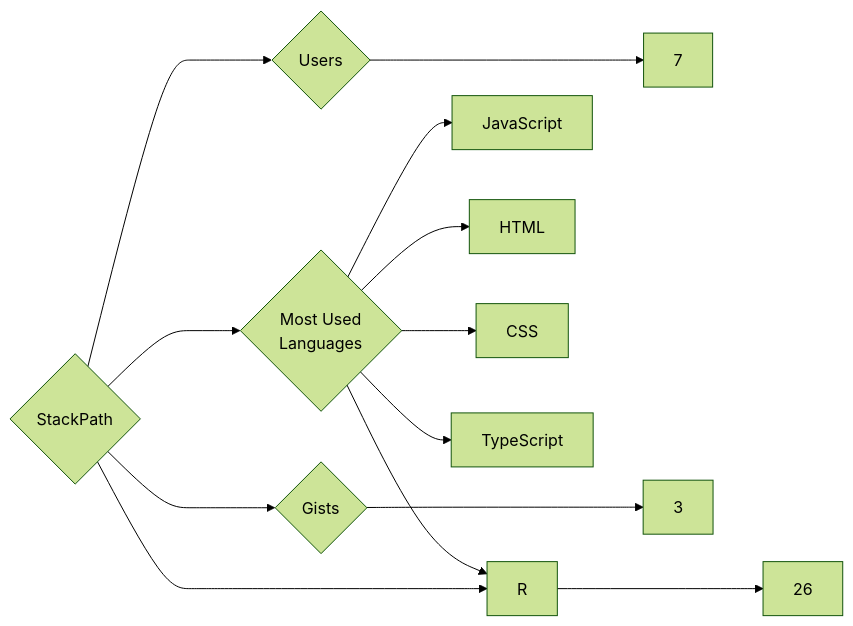
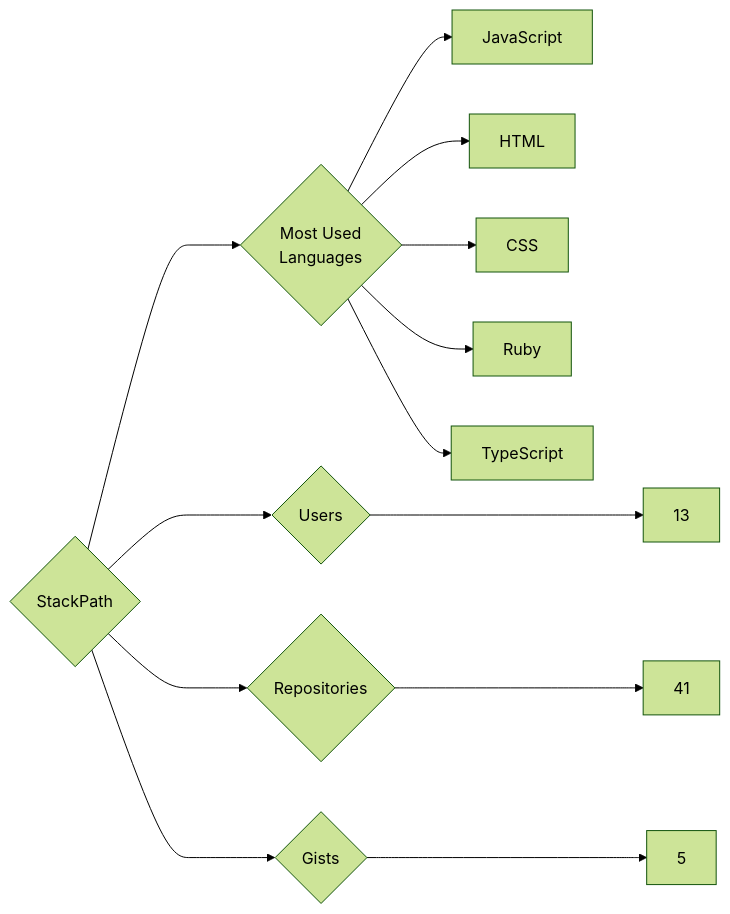
Before and after one commit to trickest/insiders: the diagram in targets/StackPath/README.md, drawn with Mermaid (forest theme). The commit also changed 1479 other files, not shown here.

````diff
--- a/targets/StackPath/README.md
+++ b/targets/StackPath/README.md
@@ -3,13 +3,13 @@
 ```mermaid
 graph LR
 COMPANY_NAME{StackPath}
-COMPANY_NAME ---> U{Users} ---> UN[7]
-COMPANY_NAME ---> R{Repositories} ---> RN[26]
-COMPANY_NAME ---> G{Gists} ---> GN[3]
+COMPANY_NAME ---> U{Users} ---> UN[13]
+COMPANY_NAME ---> R{Repositories} ---> RN[41]
+COMPANY_NAME ---> G{Gists} ---> GN[5]
 COMPANY_NAME ---> ML{Most Used<br>Languages}
 ML --> JavaScript[JavaScript]
 ML --> HTML[HTML]
 ML --> CSS[CSS]
+ML --> Ruby[Ruby]
 ML --> TypeScript[TypeScript]
-ML --> R[R]
 ```
````
